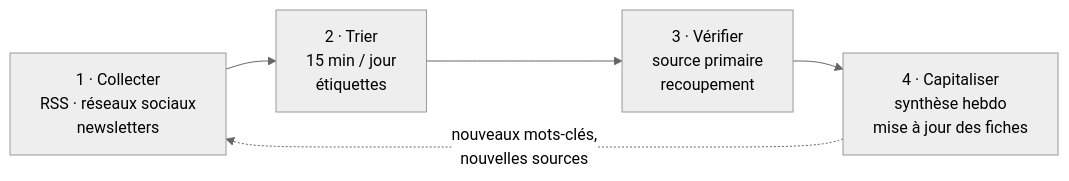
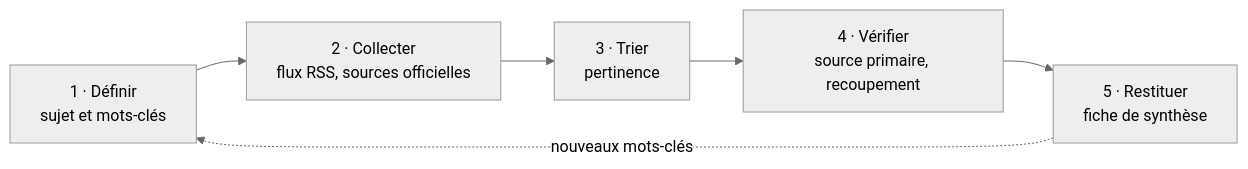
The diagram in src/content/veille/methodologie-outils-veille.md (Timothy-Valentin/timothy-valentin.github.io), drawn with Mermaid (neutral theme) before and after one commit. The commit also changed other lines of this file and 36 other files, not shown here.

First line of the commit message:
refactor: refondre contenus et charte pour un portfolio authentique

````diff
--- a/src/content/veille/methodologie-outils-veille.md
+++ b/src/content/veille/methodologie-outils-veille.md
@@ -35,7 +38,8 @@
 ```mermaid
 flowchart LR
-    A["1 · Collecter<br/>RSS · réseaux sociaux<br/>newsletters"] --> B["2 · Trier<br/>15 min / jour<br/>étiquettes"]
-    B --> C["3 · Vérifier<br/>source primaire<br/>recoupement"]
-    C --> D["4 · Capitaliser<br/>synthèse hebdo<br/>mise à jour des fiches"]
-    D -. "nouveaux mots-clés,<br/>nouvelles sources" .-> A
+    A["1 · Définir<br/>sujet et mots-clés"] --> B["2 · Collecter<br/>flux RSS, sources officielles"]
+    B --> C["3 · Trier<br/>pertinence"]
+    C --> D["4 · Vérifier<br/>source primaire, recoupement"]
+    D --> E["5 · Restituer<br/>fiche de synthèse"]
+    E -. "nouveaux mots-clés" .-> A
 ```
````
